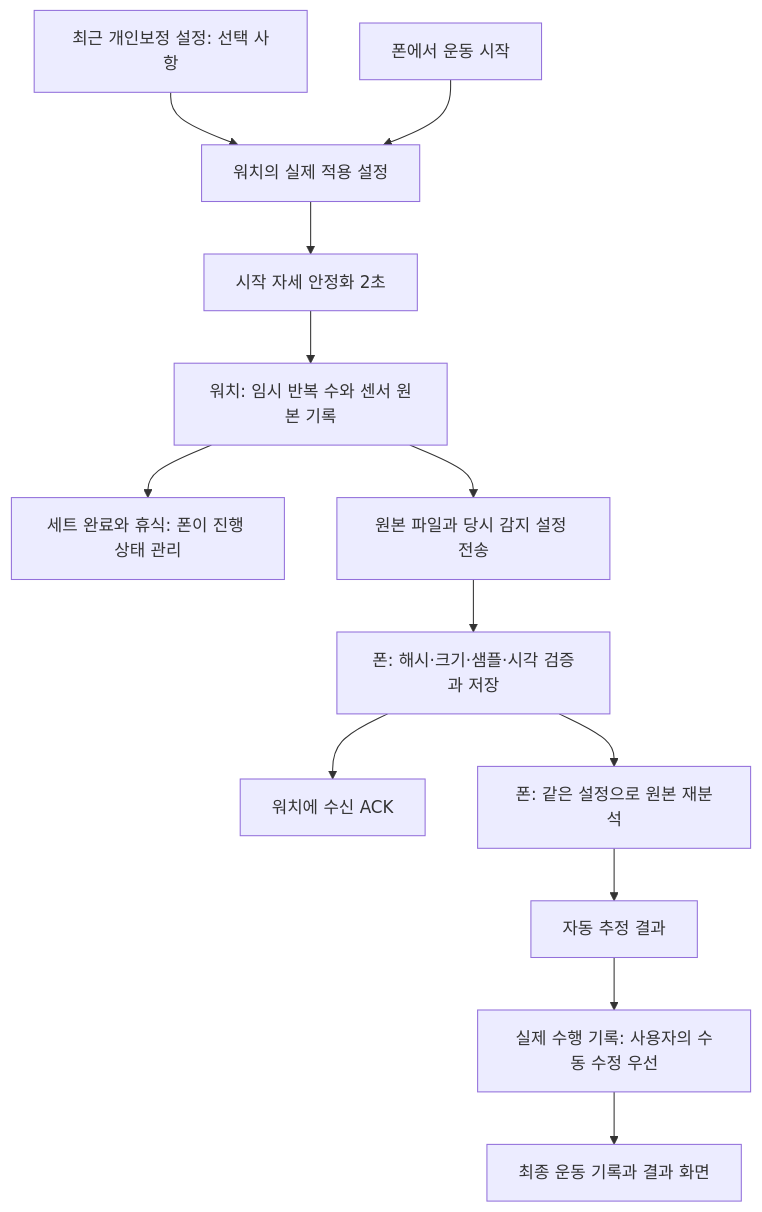
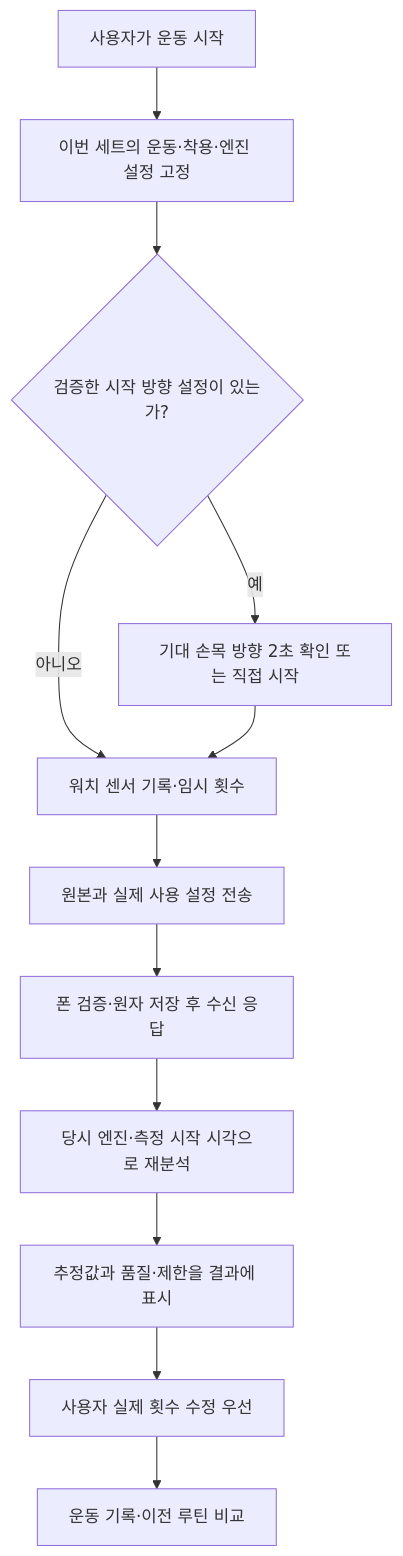
Before and after one commit to kmnoh12/kcoach: the diagram in docs/MEASUREMENT_FLOW.md, drawn with Mermaid. The commit also changed other lines of this file and 16 other files, not shown here.

````diff
--- a/docs/MEASUREMENT_FLOW.md
+++ b/docs/MEASUREMENT_FLOW.md
@@ -7,15 +13,14 @@
 ```mermaid
 flowchart TD
-  P[최근 개인보정 설정: 선택 사항] --> W[워치의 실제 적용 설정]
-  S[폰에서 운동 시작] --> W
-  W --> G[시작 자세 안정화 2초]
-  G --> C[워치: 임시 반복 수와 센서 원본 기록]
-  C --> R[세트 완료와 휴식: 폰이 진행 상태 관리]
-  C --> T[원본 파일과 당시 감지 설정 전송]
-  T --> I[폰: 해시·크기·샘플·시각 검증과 저장]
-  I --> A[워치에 수신 ACK]
-  I --> N[폰: 같은 설정으로 원본 재분석]
-  N --> E[자동 추정 결과]
-  E --> H[실제 수행 기록: 사용자의 수동 수정 우선]
-  H --> F[최종 운동 기록과 결과 화면]
+  S[사용자가 운동 시작] --> F[이번 세트의 운동·착용·엔진 설정 고정]
+  F --> G{검증한 시작 방향 설정이 있는가?}
+  G -->|예| D[기대 손목 방향 2초 확인 또는 직접 시작]
+  G -->|아니오| W[워치 센서 기록·임시 횟수]
+  D --> W
+  W --> T[원본과 실제 사용 설정 전송]
+  T --> I[폰 검증·원자 저장 후 수신 응답]
+  I --> A[당시 엔진·측정 시작 시각으로 재분석]
+  A --> R[추정값과 품질·제한을 결과에 표시]
+  R --> H[사용자 실제 횟수 수정 우선]
+  H --> E[운동 기록·이전 루틴 비교]
 ```
````
